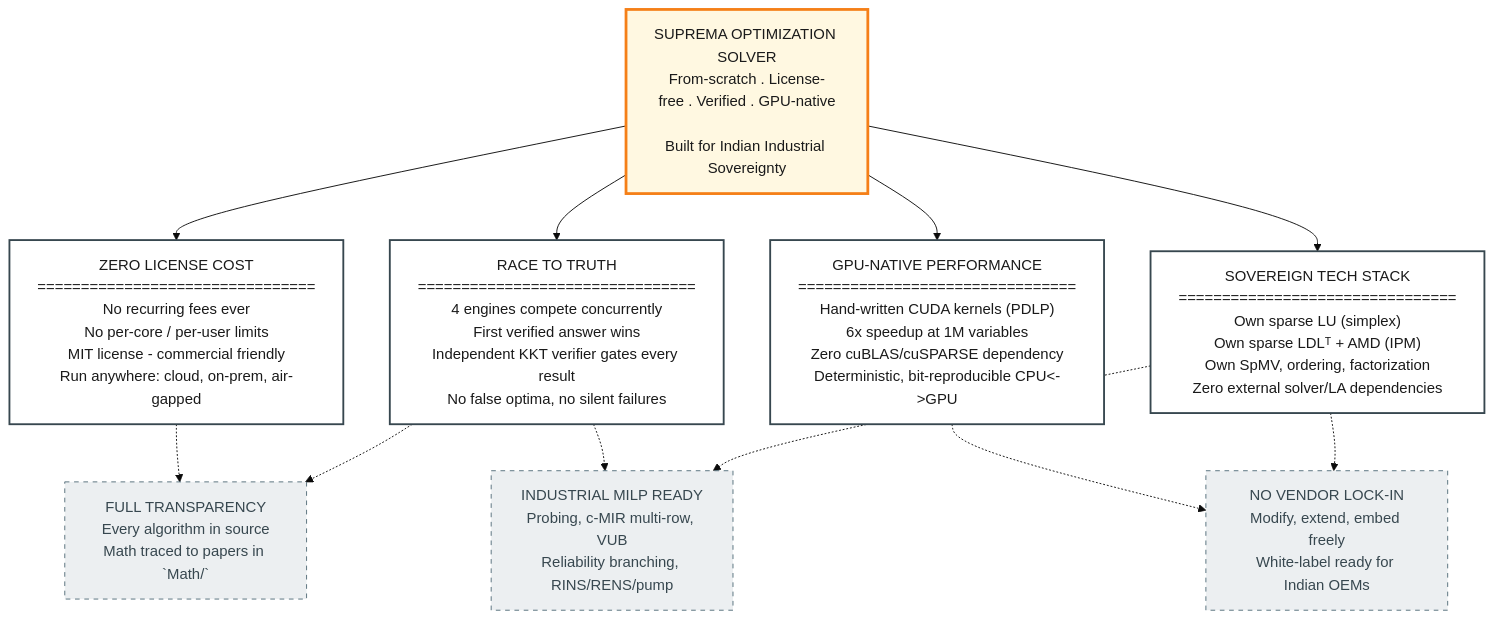
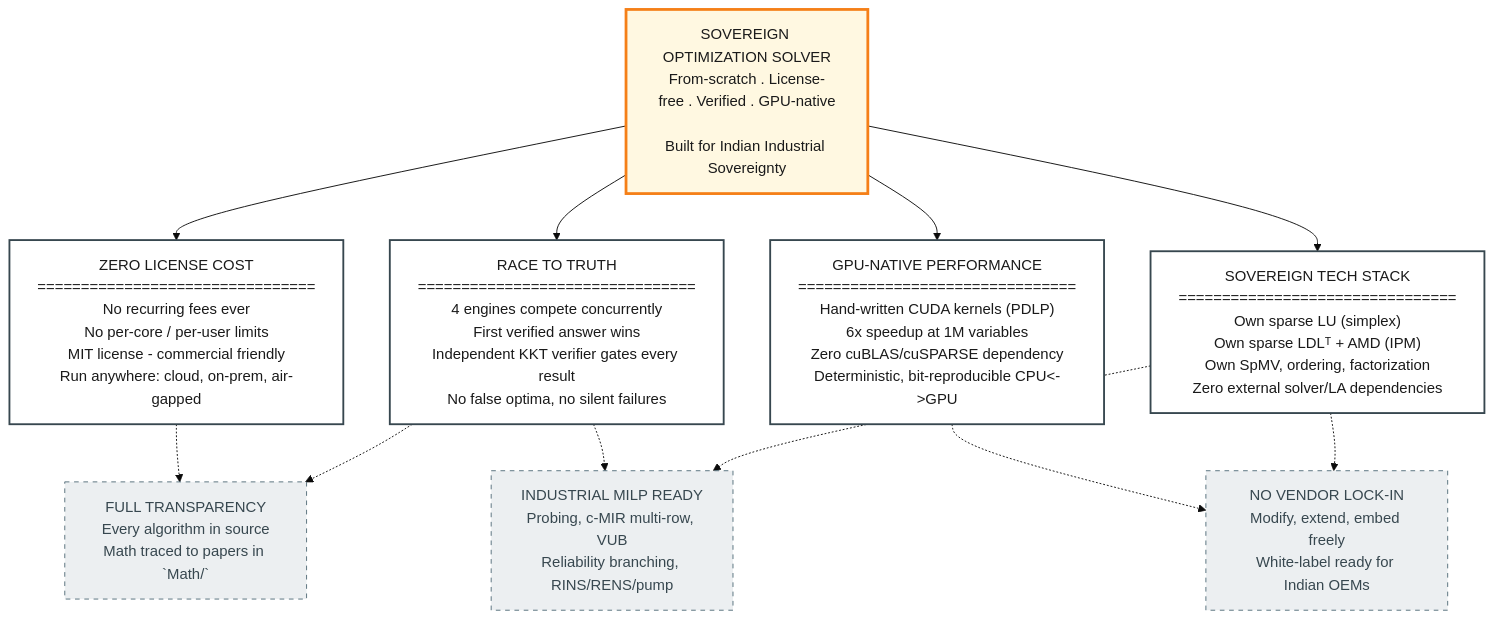
The first of 7 diagrams in README.md (TANESHDEVHARE/Team-Suprema), drawn with Mermaid (base theme) before and after one commit. The commit also changed other lines of this file and 41 other files, not shown here.

````diff
--- a/README.md
+++ b/README.md
@@ -75,41 +83,41 @@
 ```mermaid
 flowchart TB
     %% Central UVP
-    UVP["SUPREMA OPTIMIZATION SOLVER\nFrom-scratch . License-free . Verified . GPU-native\n\nBuilt for Indian Industrial Sovereignty"]
+    UVP["SOVEREIGN OPTIMIZATION SOLVER\nFrom-scratch . License-free . Verified . GPU-native\n\nBuilt for Indian Industrial Sovereignty"]
     
     %% Four Pillars
     P1["ZERO LICENSE COST\n================================\nNo recurring fees ever\nNo per-core / per-user limits\nMIT license - commercial friendly\nRun anywhere: cloud, on-prem, air-gapped"]
     
     P2["RACE TO TRUTH\n================================\n4 engines compete concurrently\nFirst verified answer wins\nIndependent KKT verifier gates every result\nNo false optima, no silent failures"]
     
     P3["GPU-NATIVE PERFORMANCE\n================================\nHand-written CUDA kernels (PDLP)\n6x speedup at 1M variables\nZero cuBLAS/cuSPARSE dependency\nDeterministic, bit-reproducible CPU<->GPU"]
     
     P4["SOVEREIGN TECH STACK\n================================\nOwn sparse LU (simplex)\nOwn sparse LDLᵀ + AMD (IPM)\nOwn SpMV, ordering, factorization\nZero external solver/LA dependencies"]
     
     %% Differentiators that cut across pillars
     D1["FULL TRANSPARENCY\nEvery algorithm in source\nMath traced to papers in `Math/`"]
     D2["NO VENDOR LOCK-IN\nModify, extend, embed freely\nWhite-label ready for Indian OEMs"]
     D3["INDUSTRIAL MILP READY\nProbing, c-MIR multi-row, VUB\nReliability branching, RINS/RENS/pump"]
     
     %% Connections
     UVP --> P1
     UVP --> P2
     UVP --> P3
     UVP --> P4
     
     P1 -.-> D1
     P2 -.-> D1
     P3 -.-> D2
     P4 -.-> D2
     P2 -.-> D3
     P4 -.-> D3
     
     %% Styling
     classDef uvp fill:#fff8e1,stroke:#f57f17,stroke-width:3px,color:#1a1a1a
     classDef pillar fill:#ffffff,stroke:#37474f,stroke-width:2px,color:#1a1a1a
     classDef diff fill:#eceff1,stroke:#546e7a,stroke-width:1px,stroke-dasharray: 5 5,color:#37474f
     
     class UVP uvp
     class P1,P2,P3,P4 pillar
     class D1,D2,D3 diff
 ```
````
